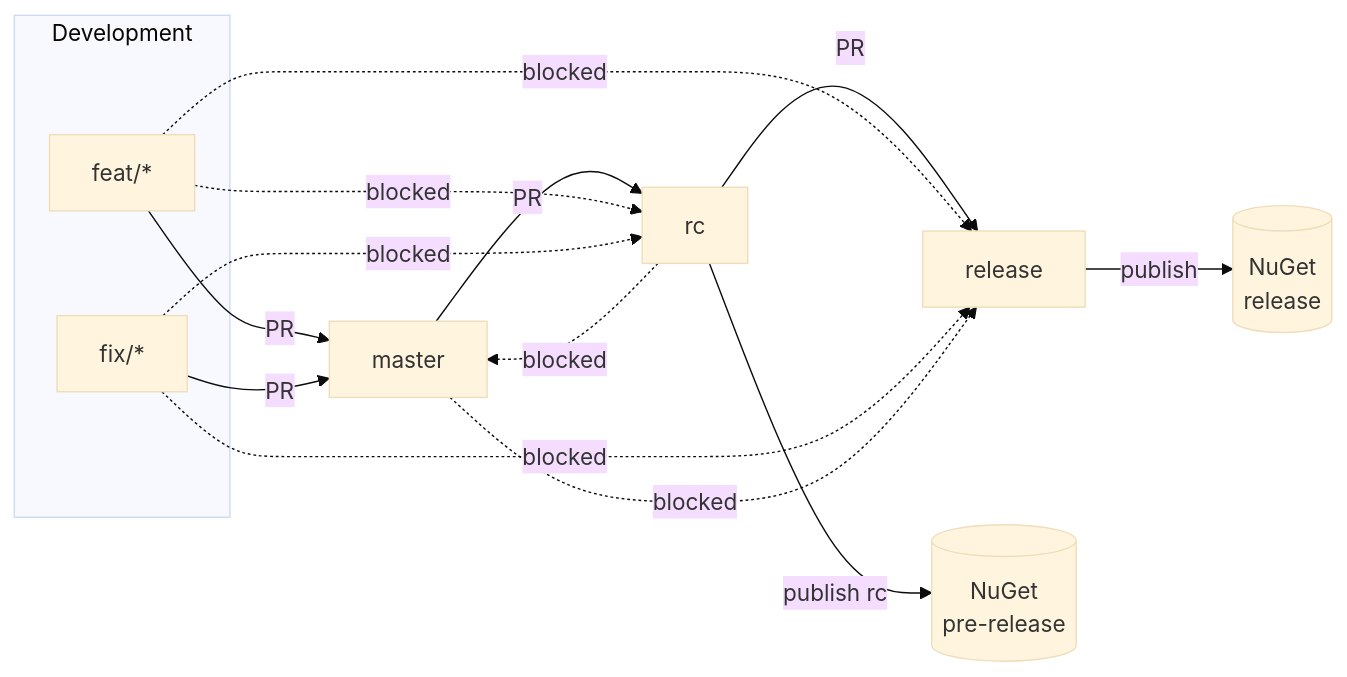
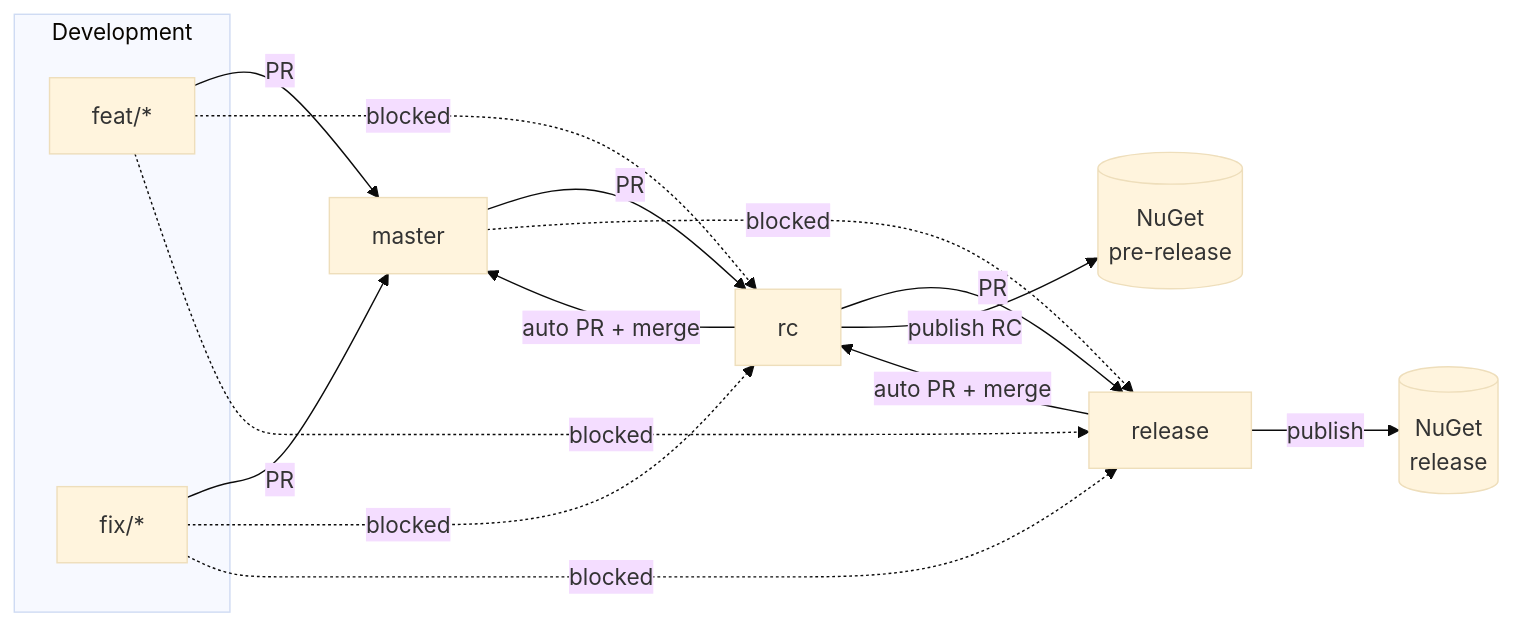
One commit to asienicki/PESEL changed the diagram in CONTRIBUTING.md. Above: the diagram before and after it, drawn with Mermaid (base theme). The commit also changed 6 other files, not shown here.

First line of the commit message:
chore(ci): enforce branch merge policy and add automatic rc/release sync (#52)

````diff
--- a/CONTRIBUTING.md
+++ b/CONTRIBUTING.md
@@ -3,31 +3,38 @@
 ```mermaid
 flowchart LR
   subgraph Development
     FEAT[feat/*]
     FIX[fix/*]
   end
 
   MASTER[master]
   RC[rc]
   RELEASE[release]
 
   NUGET_RC[(NuGet\npre-release)]
   NUGET_REL[(NuGet\nrelease)]
 
+  %% Development flow
   FEAT -->|PR| MASTER
   FIX -->|PR| MASTER
 
+  %% Promotion flow
   MASTER -->|PR| RC
   RC -->|PR| RELEASE
 
-  RC -->|publish rc| NUGET_RC
+  %% Publishing
+  RC -->|publish RC| NUGET_RC
   RELEASE -->|publish| NUGET_REL
+
+  %% Automatic merge-back (sync)
+  RC -->|auto PR + merge| MASTER
+  RELEASE -->|auto PR + merge| RC
 
   %% Guards / blocked paths
   FEAT -. blocked .-> RC
   FEAT -. blocked .-> RELEASE
   FIX  -. blocked .-> RC
   FIX  -. blocked .-> RELEASE
   MASTER -. blocked .-> RELEASE
-  RC -. blocked .-> MASTER
+
 ```
````
